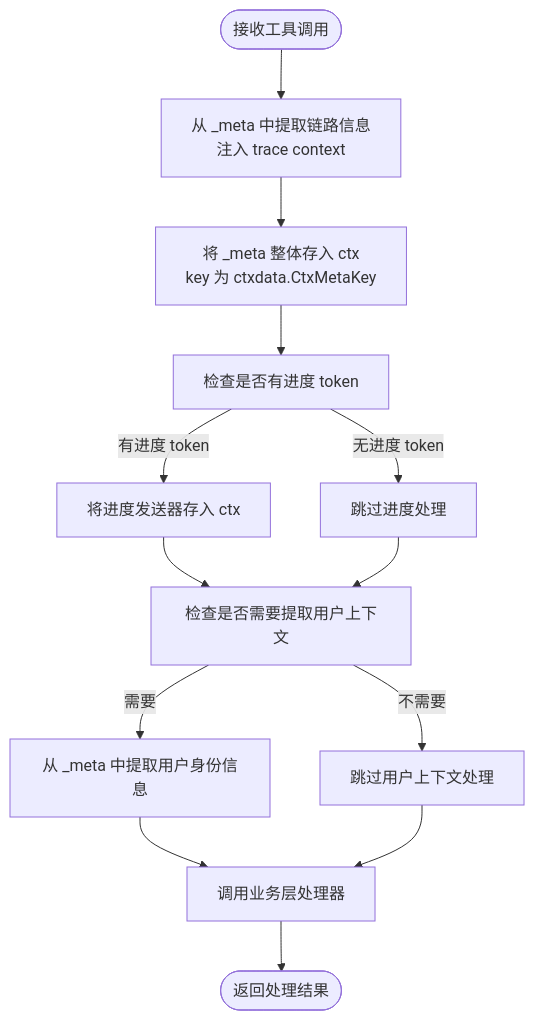
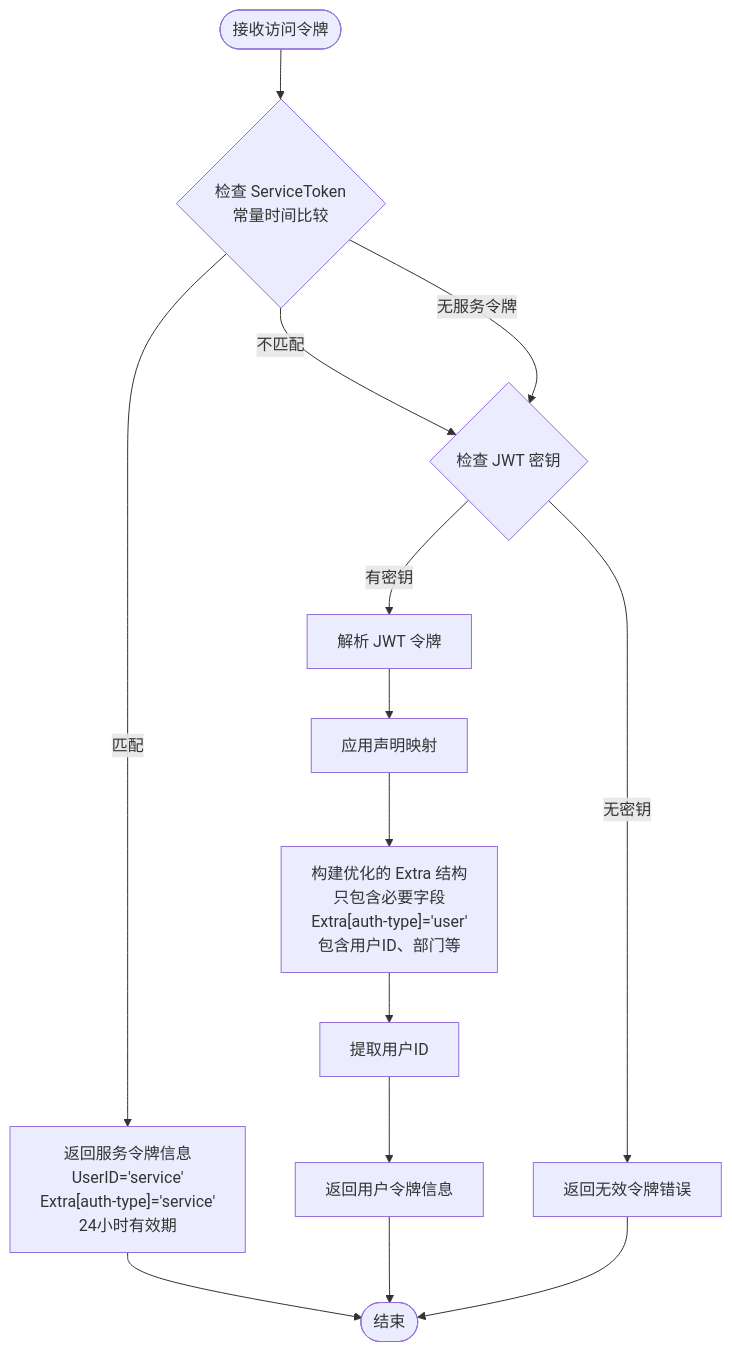
One commit to maomao94/zero-service changed the second of 10 diagrams in .qoder/repowiki/zh/content/Mcpx Authentication System.md. Above: the diagram before and after it, drawn with Mermaid. The commit also changed other lines of this file and 58 other files, not shown here.

````diff
--- a/.qoder/repowiki/zh/content/Mcpx Authentication System.md
+++ b/.qoder/repowiki/zh/content/Mcpx Authentication System.md
@@ -154,15 +160,16 @@
 ```mermaid
 flowchart TD
-Start([接收工具调用]) --> ExtractTrace["从 _meta 中提取链路信息<br/>注入 trace context"]
-ExtractTrace --> StoreMeta["将 _meta 整体存入 ctx<br/>key 为 ctxdata.CtxMetaKey"]
-StoreMeta --> CheckProgress["检查是否有进度 token"]
-CheckProgress --> |有进度 token| StoreProgress["将进度发送器存入 ctx"]
-CheckProgress --> |无进度 token| SkipProgress["跳过进度处理"]
-StoreProgress --> CheckUserCtx["检查是否需要提取用户上下文"]
-CheckUserCtx --> |需要| ExtractUser["从 _meta 中提取用户身份信息"]
-CheckUserCtx --> |不需要| SkipUser["跳过用户上下文处理"]
-ExtractUser --> BusinessLogic["调用业务层处理器"]
-SkipUser --> BusinessLogic
-SkipProgress --> CheckUserCtx
-BusinessLogic --> End([返回处理结果])
+Start([接收访问令牌]) --> CheckService{"检查 ServiceToken<br/>常量时间比较"}
+CheckService --> |匹配| ServiceSuccess["返回服务令牌信息<br/>UserID='service'<br/>Extra[auth-type]='service'<br/>24小时有效期"]
+CheckService --> |不匹配| CheckJWT{"检查 JWT 密钥"}
+CheckService --> |无服务令牌| CheckJWT
+CheckJWT --> |有密钥| ParseJWT["解析 JWT 令牌"]
+CheckJWT --> |无密钥| Fail["返回无效令牌错误"]
+ParseJWT --> MapClaims["应用声明映射"]
+MapClaims --> BuildExtra["构建优化的 Extra 结构<br/>只包含必要字段<br/>Extra[auth-type]='user'<br/>包含用户ID、部门等"]
+BuildExtra --> ExtractUser["提取用户ID"]
+ExtractUser --> Success["返回用户令牌信息"]
+ServiceSuccess --> End([结束])
+Success --> End
+Fail --> End
 ```
````
